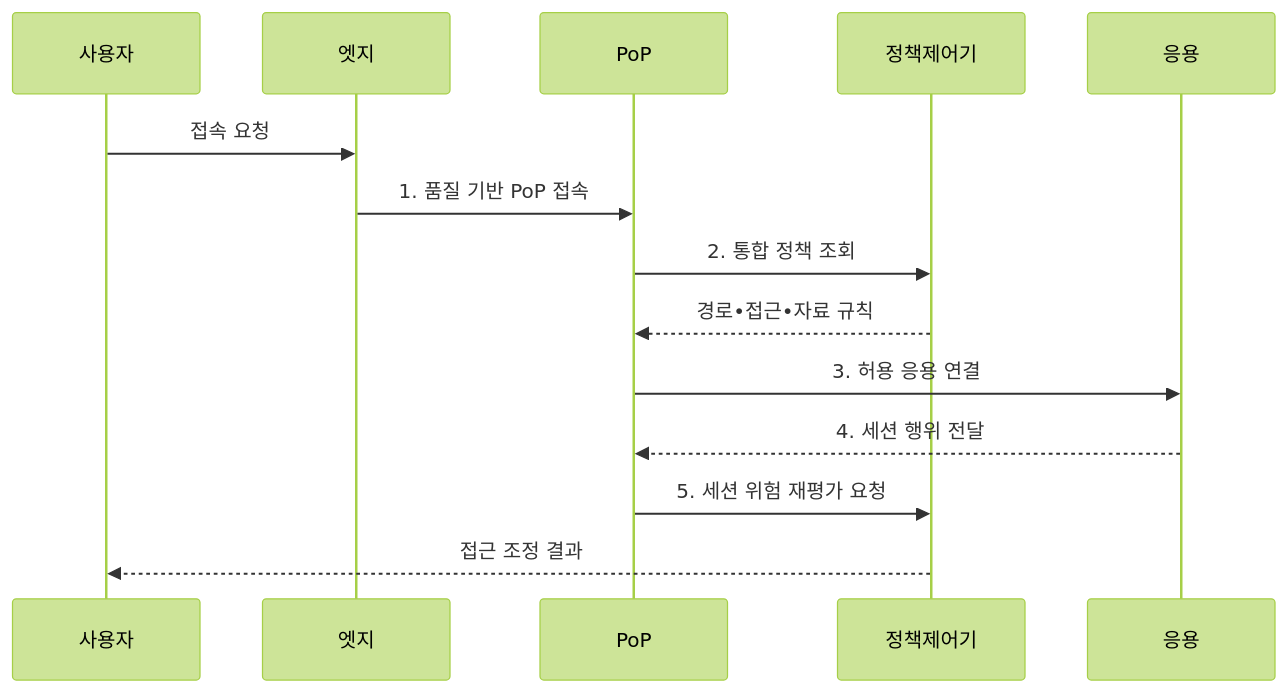
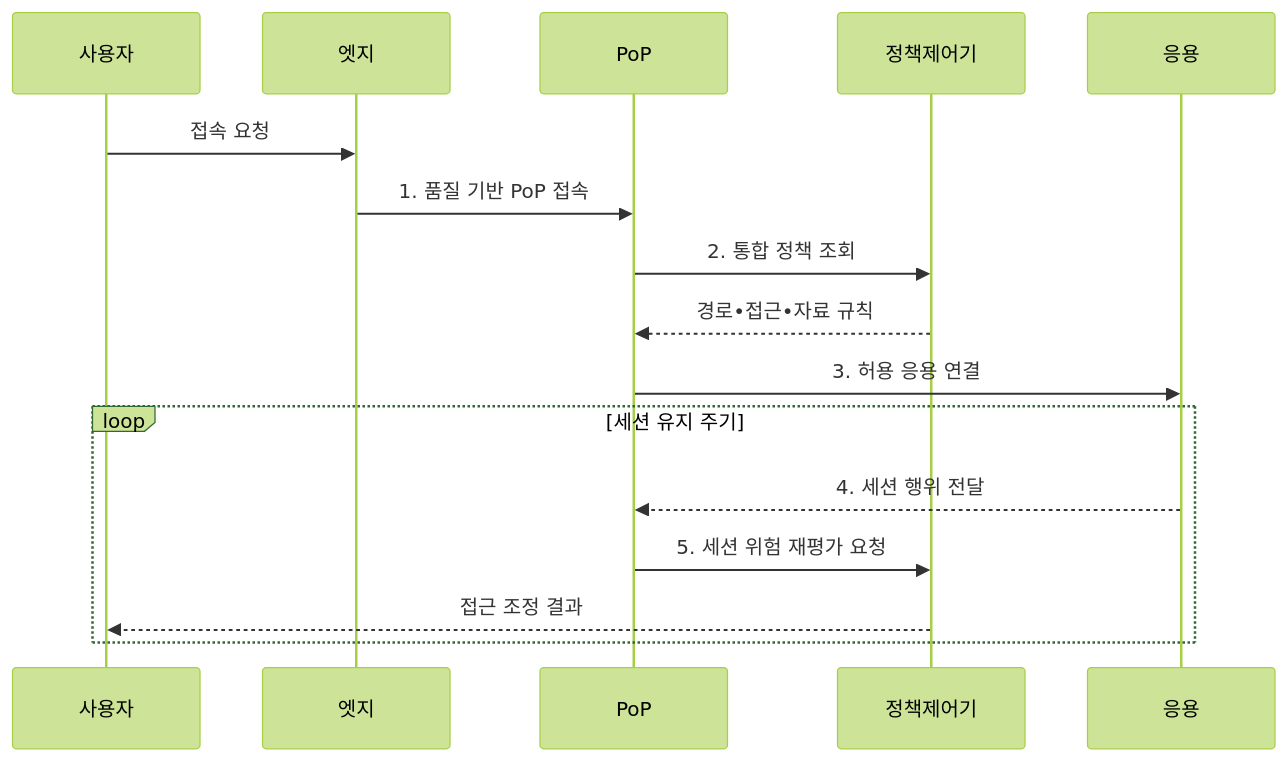
The second of 2 diagrams in src/content/docs/notes/04-network/090_sase.md (agnusdei1207/knowledge-base), drawn with Mermaid (forest theme) before and after one commit. The commit also changed other lines of this file and 20 other files, not shown here.

````diff
--- a/src/content/docs/notes/04-network/090_sase.md
+++ b/src/content/docs/notes/04-network/090_sase.md
@@ -102,16 +102,18 @@
 ```mermaid
 sequenceDiagram
     participant 사용자
     participant 엣지
     participant PoP
     participant 정책제어기
     participant 응용
     사용자->>엣지: 접속 요청
     엣지->>PoP: 1. 품질 기반 PoP 접속
     PoP->>정책제어기: 2. 통합 정책 조회
     정책제어기-->>PoP: 경로•접근•자료 규칙
     PoP->>응용: 3. 허용 응용 연결
-    응용-->>PoP: 4. 세션 행위 전달
-    PoP->>정책제어기: 5. 세션 위험 재평가 요청
-    정책제어기-->>사용자: 접근 조정 결과
+    loop 세션 유지 주기
+        응용-->>PoP: 4. 세션 행위 전달
+        PoP->>정책제어기: 5. 세션 위험 재평가 요청
+        정책제어기-->>사용자: 접근 조정 결과
+    end
 ```
````
